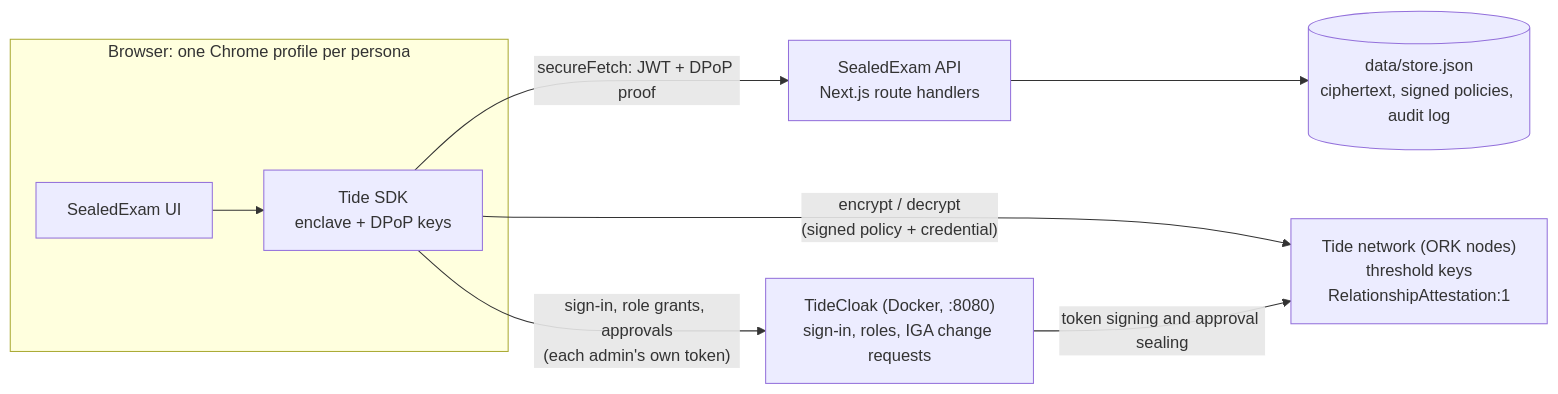
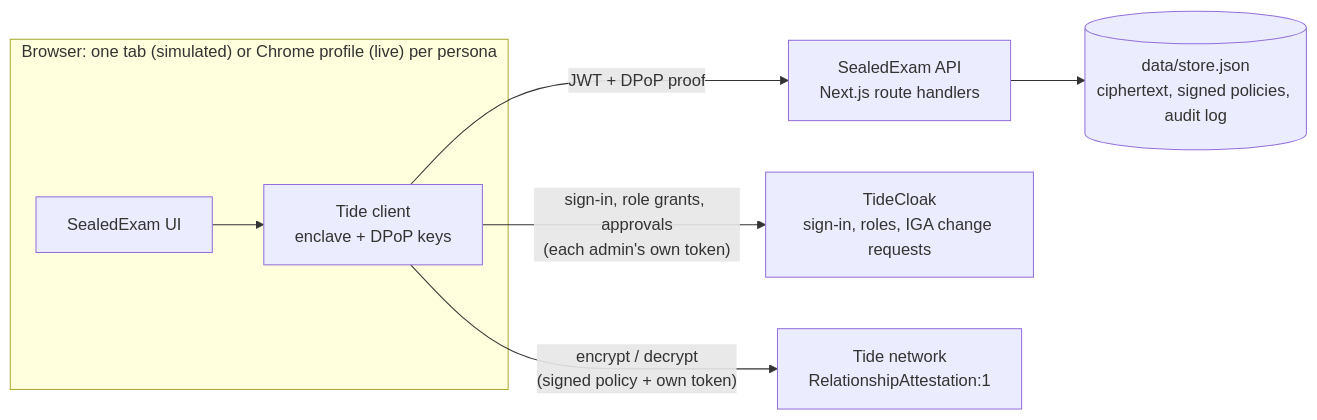
Before and after one commit to TienLe-0207/RMIT_SGS_TungTungTungSahur_C2: the first of 2 diagrams in README.md, drawn with Mermaid. The commit also changed other lines of this file and 9 other files, not shown here.

````diff
--- a/README.md
+++ b/README.md
@@ -30,18 +30,17 @@
 ```mermaid
 flowchart LR
-  subgraph B["Browser: one Chrome profile per persona"]
+  subgraph B["Browser: one tab (simulated) or Chrome profile (live) per persona"]
     UI["SealedExam UI"]
-    SDK["Tide SDK<br/>enclave + DPoP keys"]
+    SDK["Tide client<br/>enclave + DPoP keys"]
   end
   API["SealedExam API<br/>Next.js route handlers"]
   STORE[("data/store.json<br/>ciphertext, signed policies, audit log")]
-  TC["TideCloak (Docker, :8080)<br/>sign-in, roles, IGA change requests"]
-  ORK["Tide network (ORK nodes)<br/>threshold keys<br/>RelationshipAttestation:1"]
+  TC["TideCloak<br/>sign-in, roles, IGA change requests"]
+  ORK["Tide network<br/>RelationshipAttestation:1"]
 
   UI --> SDK
-  SDK -- "secureFetch: JWT + DPoP proof" --> API
+  SDK -- "JWT + DPoP proof" --> API
   API --> STORE
   SDK -- "sign-in, role grants, approvals<br/>(each admin's own token)" --> TC
-  SDK -- "encrypt / decrypt<br/>(signed policy + credential)" --> ORK
-  TC -- "token signing and approval sealing" --> ORK
+  SDK -- "encrypt / decrypt<br/>(signed policy + own token)" --> ORK
 ```
````
